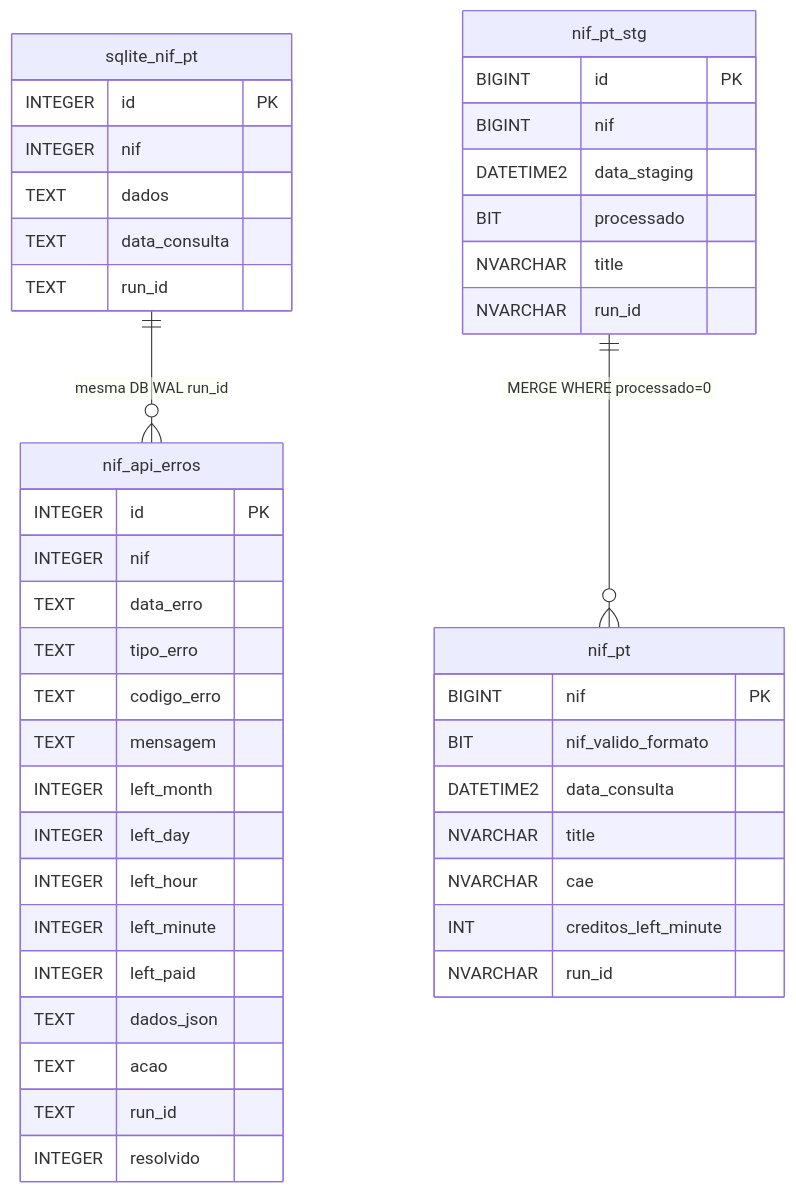
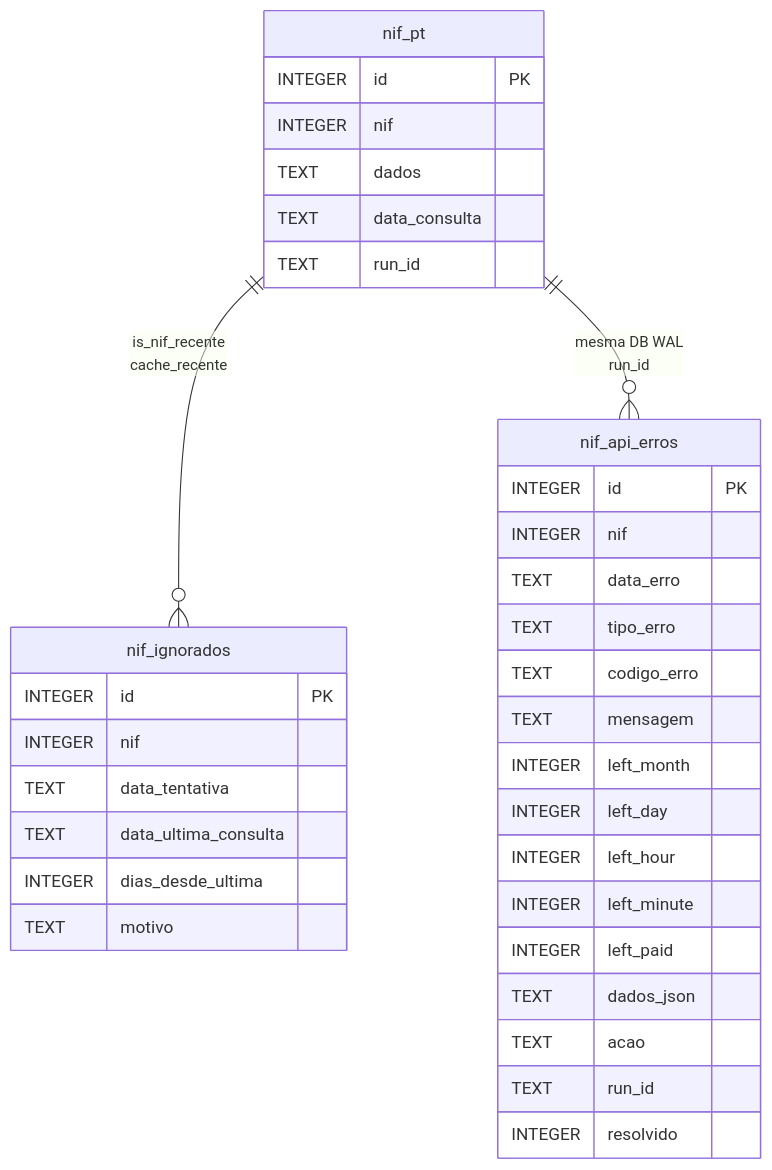
Before and after one commit to nunoetome/nif-pt: the diagram in docs/database/schema.md, drawn with Mermaid. The commit also changed other lines of this file and 28 other files, not shown here.

````diff
--- a/docs/database/schema.md
+++ b/docs/database/schema.md
@@ -7,46 +7,37 @@
 ```mermaid
 erDiagram
-    sqlite_nif_pt {
+    nif_pt {
         INTEGER id PK
         INTEGER nif
         TEXT dados
         TEXT data_consulta
         TEXT run_id
     }
     nif_api_erros {
         INTEGER id PK
         INTEGER nif
         TEXT data_erro
         TEXT tipo_erro
         TEXT codigo_erro
         TEXT mensagem
         INTEGER left_month
         INTEGER left_day
         INTEGER left_hour
         INTEGER left_minute
         INTEGER left_paid
         TEXT dados_json
         TEXT acao
         TEXT run_id
         INTEGER resolvido
     }
-    nif_pt {
-        BIGINT nif PK
-        BIT nif_valido_formato
-        DATETIME2 data_consulta
-        NVARCHAR title
-        NVARCHAR cae
-        INT creditos_left_minute
-        NVARCHAR run_id
+    nif_ignorados {
+        INTEGER id PK
+        INTEGER nif
+        TEXT data_tentativa
+        TEXT data_ultima_consulta
+        INTEGER dias_desde_ultima
+        TEXT motivo
     }
-    nif_pt_stg {
-        BIGINT id PK
-        BIGINT nif
-        DATETIME2 data_staging
-        BIT processado
-        NVARCHAR title
-        NVARCHAR run_id
-    }
-    nif_pt_stg ||--o{ nif_pt : "MERGE WHERE processado=0"
-    sqlite_nif_pt ||--o{ nif_api_erros : "mesma DB WAL run_id"
+    nif_pt ||--o{ nif_ignorados : "is_nif_recente<br/>cache_recente"
+    nif_pt ||--o{ nif_api_erros : "mesma DB WAL<br/>run_id"
 ```
````
